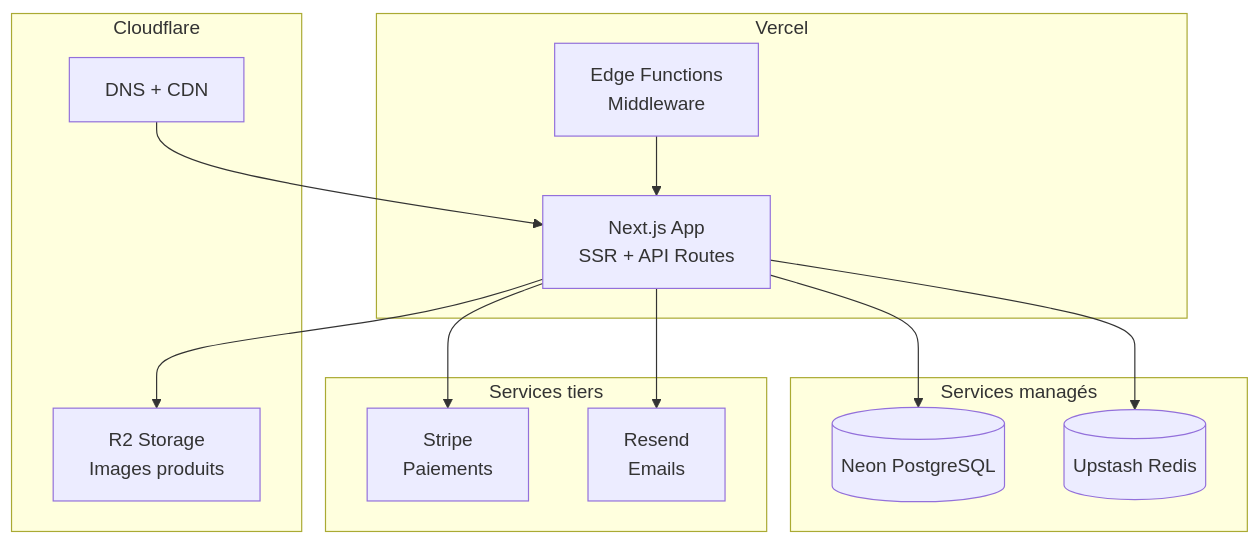
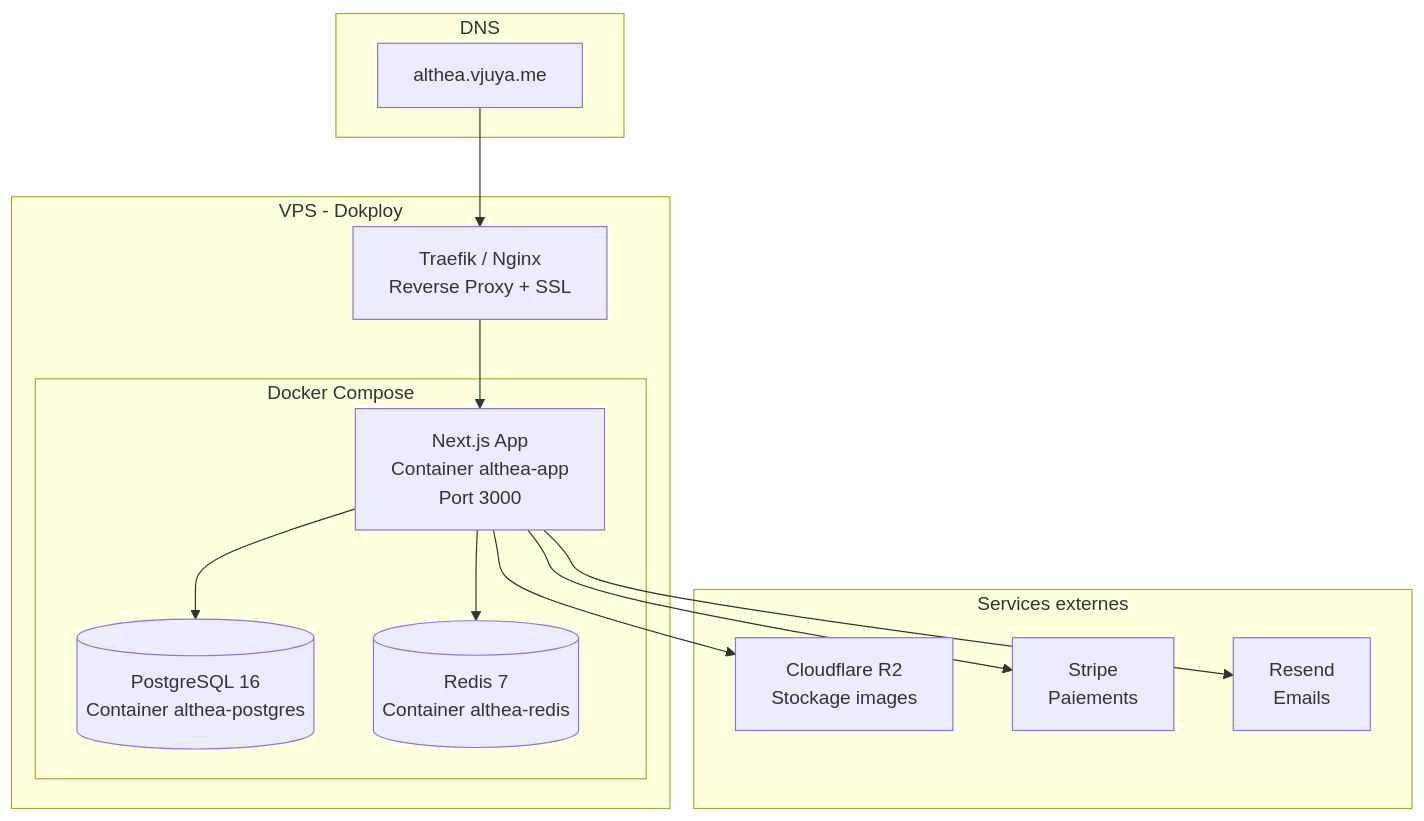
The diagram in docs/DEPLOYMENT.md (itsaam/althea-systems), drawn with Mermaid before and after one commit. The commit also changed other lines of this file and 14 other files, not shown here.

First line of the commit message:
fix: replace Vercel references with Dokploy/Docker + correct domain to althea.vjuya.me

````diff
--- a/docs/DEPLOYMENT.md
+++ b/docs/DEPLOYMENT.md
@@ -5,30 +10,30 @@
 ```mermaid
 graph TB
-    subgraph "Cloudflare"
-        DNS[DNS + CDN]
-        R2[R2 Storage<br/>Images produits]
+    subgraph "DNS"
+        DOMAIN[althea.vjuya.me]
     end
 
-    subgraph "Vercel"
-        APP[Next.js App<br/>SSR + API Routes]
-        EDGE[Edge Functions<br/>Middleware]
+    subgraph "VPS - Dokploy"
+        PROXY[Traefik / Nginx<br/>Reverse Proxy + SSL]
+
+        subgraph "Docker Compose"
+            APP[Next.js App<br/>Container althea-app<br/>Port 3000]
+            PG[(PostgreSQL 16<br/>Container althea-postgres)]
+            REDIS[(Redis 7<br/>Container althea-redis)]
+        end
     end
 
-    subgraph "Services managés"
-        DB[(Neon PostgreSQL)]
-        REDIS[(Upstash Redis)]
-    end
-
-    subgraph "Services tiers"
+    subgraph "Services externes"
+        R2[Cloudflare R2<br/>Stockage images]
         STRIPE[Stripe<br/>Paiements]
         RESEND[Resend<br/>Emails]
     end
 
-    DNS --> APP
-    APP --> DB
+    DOMAIN --> PROXY
+    PROXY --> APP
+    APP --> PG
     APP --> REDIS
     APP --> R2
     APP --> STRIPE
     APP --> RESEND
-    EDGE --> APP
 ```
````
